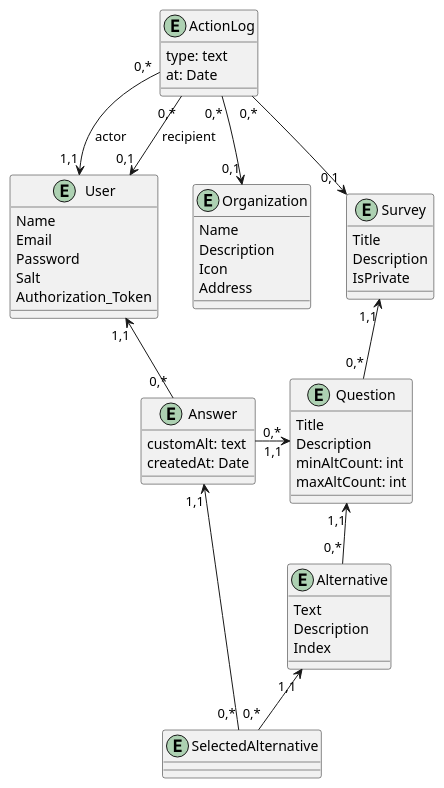
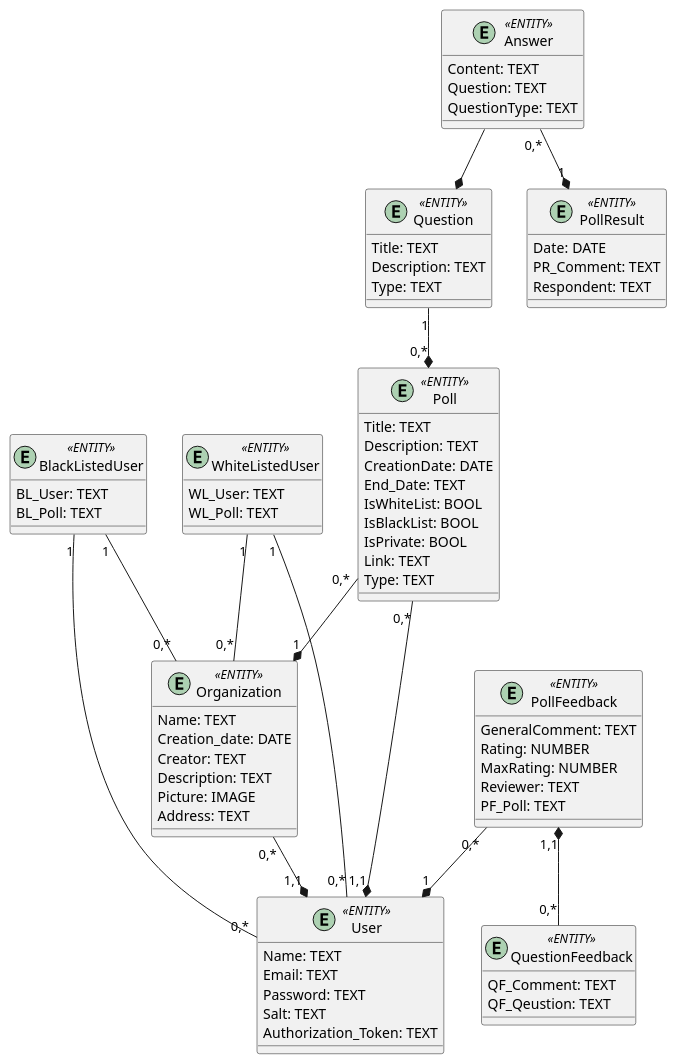
One commit to danilbezus/survey-expert changed the second of 2 diagrams in docs/design/README.md. Above: the diagram before and after it, drawn with PlantUML.

```diff
--- a/docs/design/README.md
+++ b/docs/design/README.md
@@ -157,66 +157,94 @@
 @startuml
 
-entity User {
-    Name 
-    Email
-    Password
-    Salt
-    Authorization_Token
+entity User <<ENTITY>>{
+    Name: TEXT
+    Email: TEXT
+    Password: TEXT
+    Salt: TEXT
+    Authorization_Token: TEXT
 }
 
-entity Organization {
-    Name
-    Description
-    Icon 
-    Address
+entity Organization <<ENTITY>>{
+    Name: TEXT
+    Creation_date: DATE
+    Creator: TEXT
+    Description: TEXT
+    Picture: IMAGE
+    Address: TEXT
 }
 
-
-entity Survey {
-    Title
-    Description
-    IsPrivate
+entity BlackListedUser <<ENTITY>>{
+    BL_User: TEXT
+    BL_Poll: TEXT
 }
 
-entity Answer {
-    customAlt: text
-    createdAt: Date
+entity WhiteListedUser <<ENTITY>>{
+    WL_User: TEXT
+    WL_Poll: TEXT
 }
 
-entity Alternative {
- Text
- Description
- Index
+entity Poll <<ENTITY>>{
+    Title: TEXT
+    Description: TEXT
+    CreationDate: DATE
+    End_Date: TEXT
+    IsWhiteList: BOOL
+    IsBlackList: BOOL
+    IsPrivate: BOOL
+    Link: TEXT
+    Type: TEXT
 }
 
-entity Question {
-    Title
-    Description
-    minAltCount: int
-    maxAltCount: int
+entity Question <<ENTITY>>{
+    Title: TEXT
+    Description: TEXT
+    Type: TEXT
 }
 
-entity ActionLog {
-    type: text 
-    at: Date
+entity Answer <<ENTITY>>{
+    Content: TEXT
+    Question: TEXT
+    QuestionType: TEXT
 }
 
-entity SelectedAlternative {
+entity PollResult <<ENTITY>>{
+    Date: DATE
+    PR_Comment: TEXT
+    Respondent: TEXT
 }
 
-ActionLog "0,*"-->"1,1" User : actor
-ActionLog "0,*"-->"0,1" User :recipient
-ActionLog "0,*"-->"0,1" Survey
-ActionLog "0,*"-->"0,1" Organization
+entity QuestionFeedback <<ENTITY>>{
+    QF_Comment: TEXT
+    QF_Qeustion: TEXT
+}
+
+entity PollFeedback <<ENTITY>>{
+    GeneralComment: TEXT
+    Rating: NUMBER
+    MaxRating: NUMBER
+    Reviewer: TEXT
+    PF_Poll: TEXT
+}
+
+Poll "0,*"--*"1,1" User
+Organization "0,*"--*"1,1" User
+PollFeedback "0,*"--*"1" User
+
+Poll "0,*"--*"1" Organization
+
+BlackListedUser "1"--"0,*" User
+BlackListedUser "1"--"0,*" Organization
+
+WhiteListedUser "1"--"0,*" User
+WhiteListedUser "1"--"0,*" Organization
 
 
-Alternative "0,*" -u-> "1,1" Question
+Question "1"--*"0,*" Poll
 
-SelectedAlternative "0,*" -u-> "1,1" Answer
-SelectedAlternative "0,*" -u-> "1,1" Alternative
-Survey "1,1"<--"0,*" Question
+Answer --* Question
+Answer "0,*"--*"1" PollResult
 
-Answer "0,*" -> "1,1" Question
-Answer "0,*" -u-> "1,1" User
+
+QuestionFeedback "0,*"-u-*"1,1" PollFeedback
 
 @enduml
```
